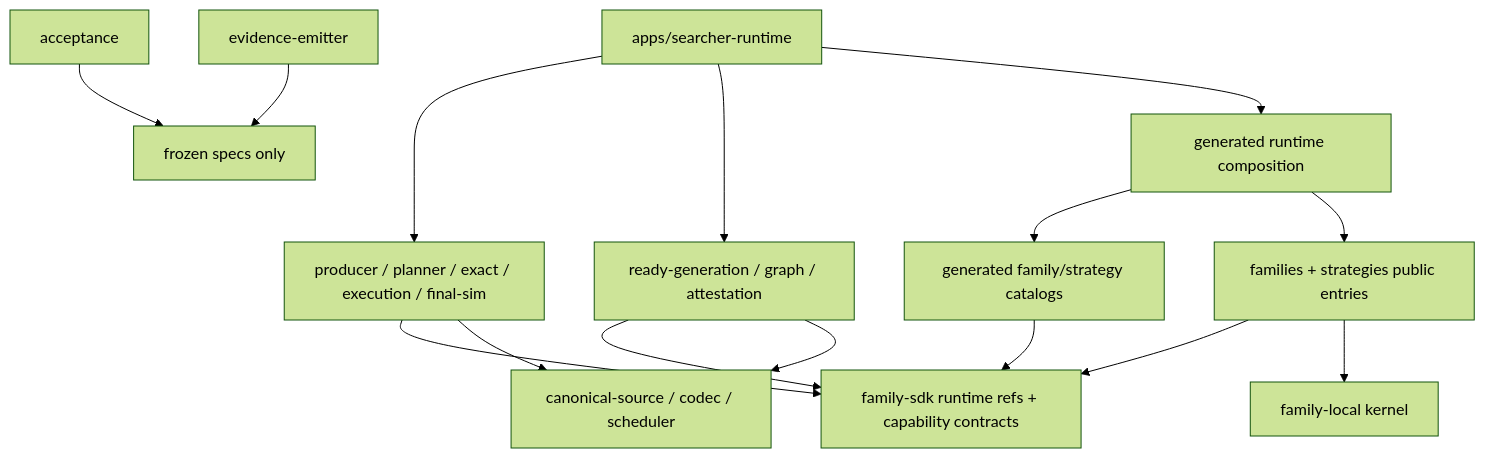
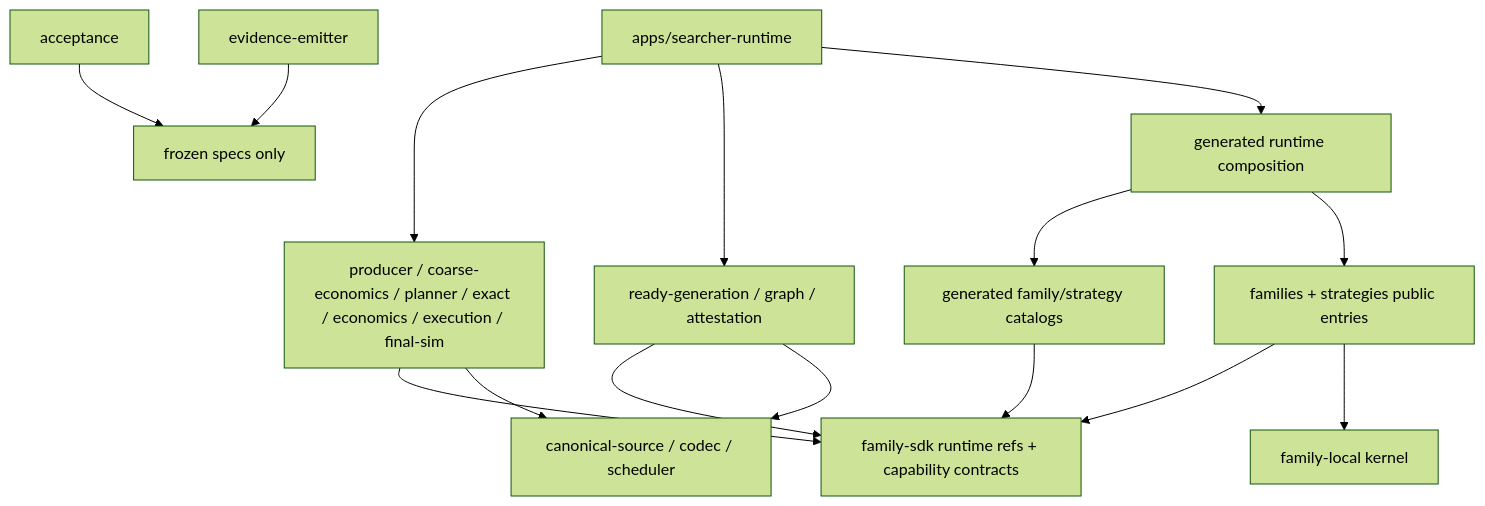
The diagram in docs/research/design/aloha-greenfield-searcher-architecture.md (EuniceLeeee/c0ffeebabe.eth), drawn with Mermaid (forest theme) before and after one commit. The commit also changed other lines of this file, not shown here.

```diff
--- a/docs/research/design/aloha-greenfield-searcher-architecture.md
+++ b/docs/research/design/aloha-greenfield-searcher-architecture.md
@@ -555,17 +583,17 @@
 ~~~mermaid
 flowchart TD
-  APP["apps/searcher-runtime"] --> PROD["producer / planner / exact / execution / final-sim"]
+  APP["apps/searcher-runtime"] --> PROD["producer / coarse-economics / planner / exact / economics / execution / final-sim"]
   APP --> GEN["ready-generation / graph / attestation"]
   APP --> COMPOSE["generated runtime composition"]
   COMPOSE --> CAT["generated family/strategy catalogs"]
   COMPOSE --> FAM["families + strategies public entries"]
   CAT --> SDK["family-sdk runtime refs + capability contracts"]
   FAM --> SDK
   FAM --> KERNEL["family-local kernel"]
   PROD --> SDK
   PROD --> CORE["canonical-source / codec / scheduler"]
   GEN --> SDK
   GEN --> CORE
   ACCEPT["acceptance"] --> SPEC["frozen specs only"]
   EMIT["evidence-emitter"] --> SPEC
 ~~~
```
